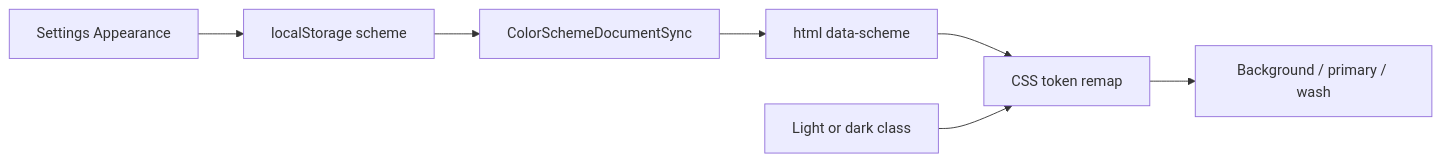
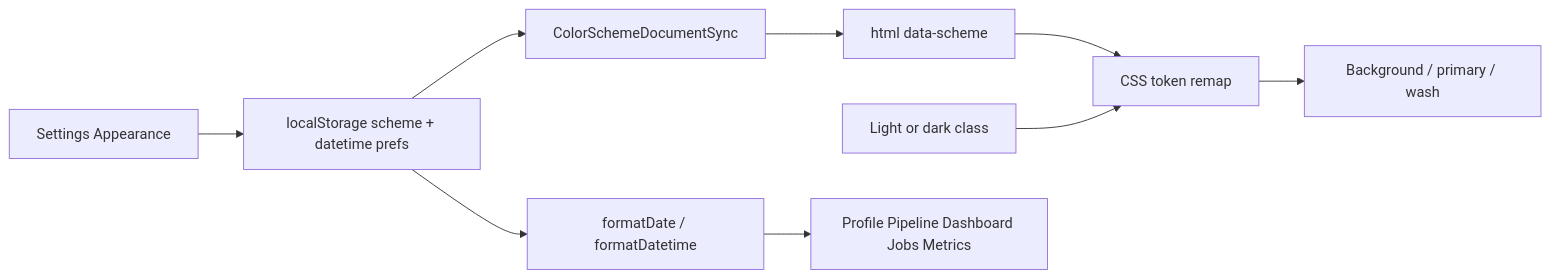
Before and after one commit to neoncircuit/job-raider: diagram 13 of 15 in docs/architecture.md, drawn with Mermaid. The commit also changed other lines of this file and 30 other files, not shown here.

First line of the commit message:
Harden resume parsing and ship parse metadata with app-wide datetime prefs.

````diff
--- a/docs/architecture.md
+++ b/docs/architecture.md
@@ -673,9 +673,11 @@
 ```mermaid
 flowchart LR
-  Settings["Settings Appearance"] --> Store["localStorage scheme"]
+  Settings["Settings Appearance"] --> Store["localStorage scheme + datetime prefs"]
   Store --> Sync["ColorSchemeDocumentSync"]
   Sync --> Attr["html data-scheme"]
   Attr --> Tokens["CSS token remap"]
   Tokens --> UI["Background / primary / wash"]
   Mode["Light or dark class"] --> Tokens
+  Store --> Format["formatDate / formatDatetime"]
+  Format --> Pages["Profile Pipeline Dashboard Jobs Metrics"]
 ```
````
